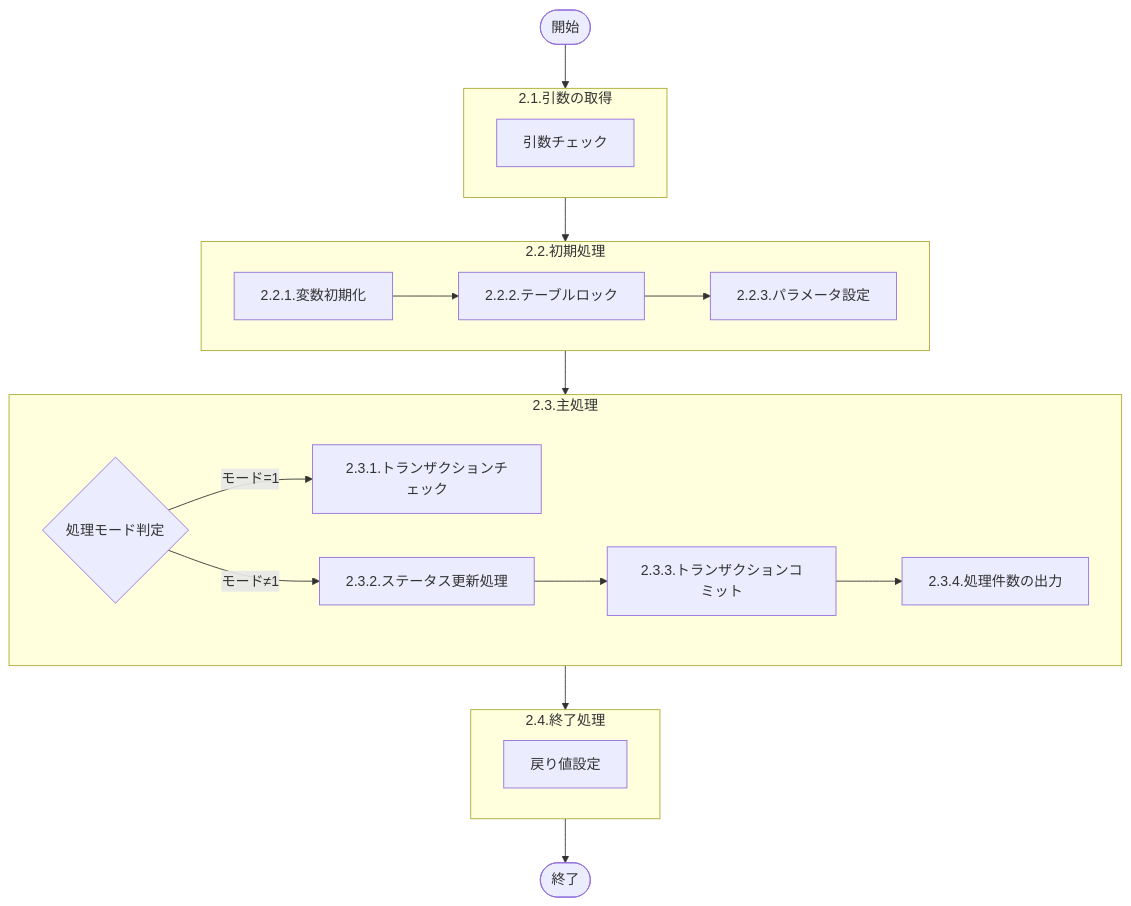
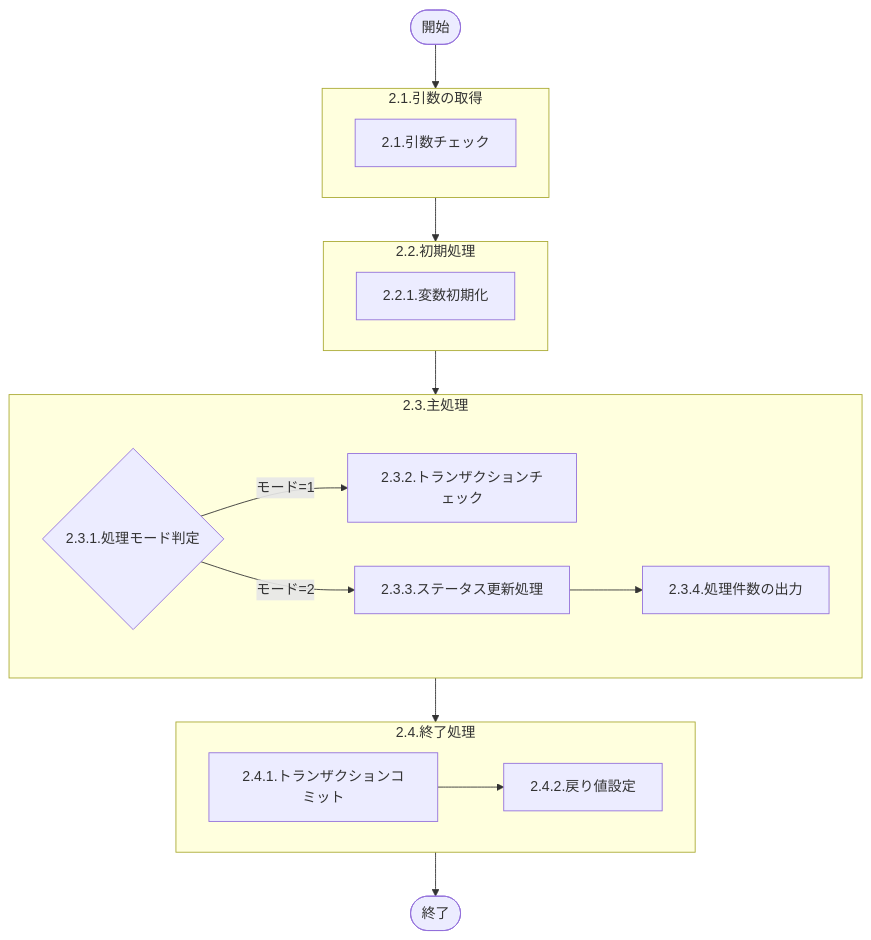
The diagram in LDGS0025_詳細設計_棚卸トランザクションチェック＆ステータス更新.md (huangyiyong-xm/GIMAC_IC_design), drawn with Mermaid before and after one commit. The commit also changed other lines of this file and 1 other file, not shown here.

````diff
--- a/LDGS0025_詳細設計_棚卸トランザクションチェック＆ステータス更新.md
+++ b/LDGS0025_詳細設計_棚卸トランザクションチェック＆ステータス更新.md
@@ -30,36 +26,33 @@
 ```mermaid
 flowchart TB
     start(["開始"]) --> argBlock
 
     subgraph argBlock ["2.1.引数の取得"]
-        arg_check["引数チェック"]
+        arg_check["2.1.引数チェック"]
     end
 
     argBlock --> initBlock
 
     subgraph initBlock ["2.2.初期処理"]
         init_var["2.2.1.変数初期化"]
-        init_lock["2.2.2.テーブルロック"]
-        init_param["2.2.3.パラメータ設定"]
-        init_var --> init_lock --> init_param
     end
 
     initBlock --> mainBlock
 
     subgraph mainBlock ["2.3.主処理"]
-        mode_check{"処理モード判定"}
-        mode_check -->|"モード=1"| trn_check["2.3.1.トランザクションチェック"]
-        mode_check -->|"モード≠1"| status_update["2.3.2.ステータス更新処理"]
+        mode_check{"2.3.1.処理モード判定"}
+        mode_check -->|"モード=1"| trn_check["2.3.2.トランザクションチェック"]
+        mode_check -->|"モード=2"| status_update["2.3.3.ステータス更新処理"]
         
-        status_update --> commit_proc["2.3.3.トランザクションコミット"]
-        commit_proc --> log_output["2.3.4.処理件数の出力"]
+        status_update --> count_log["2.3.4.処理件数の出力"]
     end
 
     mainBlock --> endBlock
 
     subgraph endBlock ["2.4.終了処理"]
-        end_set["戻り値設定"]
+        end_commit["2.4.1.トランザクションコミット"]
+        end_commit --> end_set["2.4.2.戻り値設定"]
     end
 
     endBlock --> endStatus(["終了"])
 ```
````
